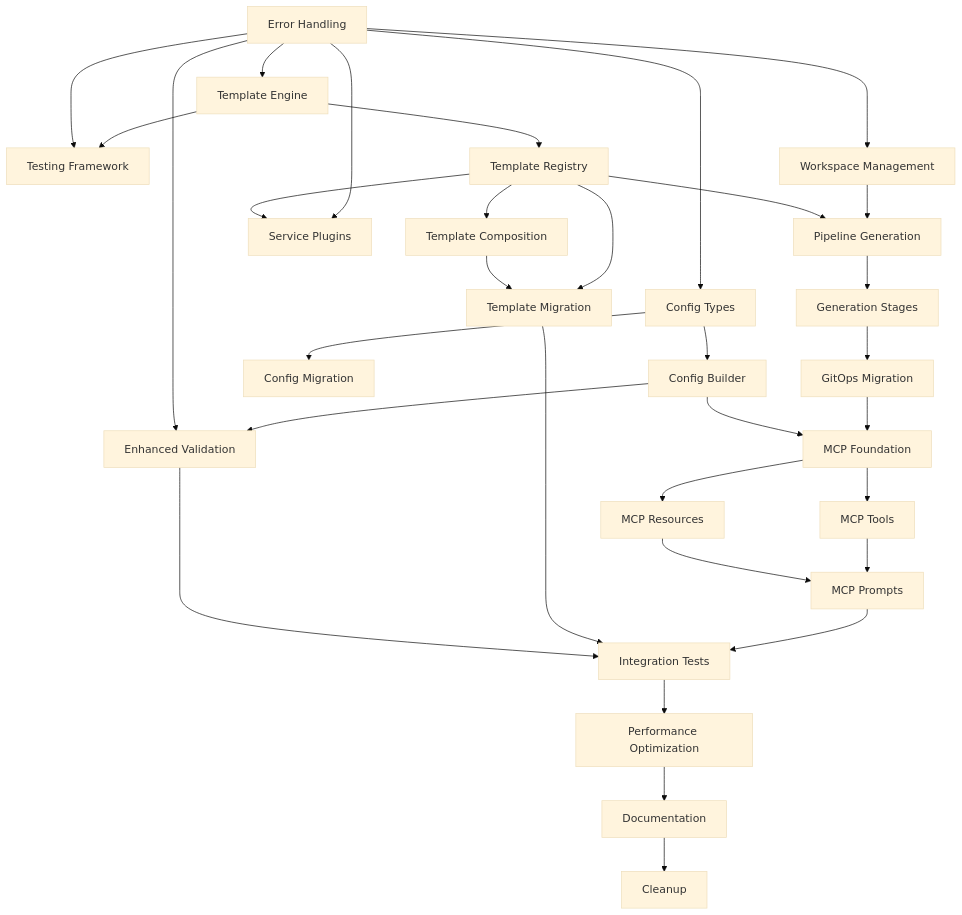
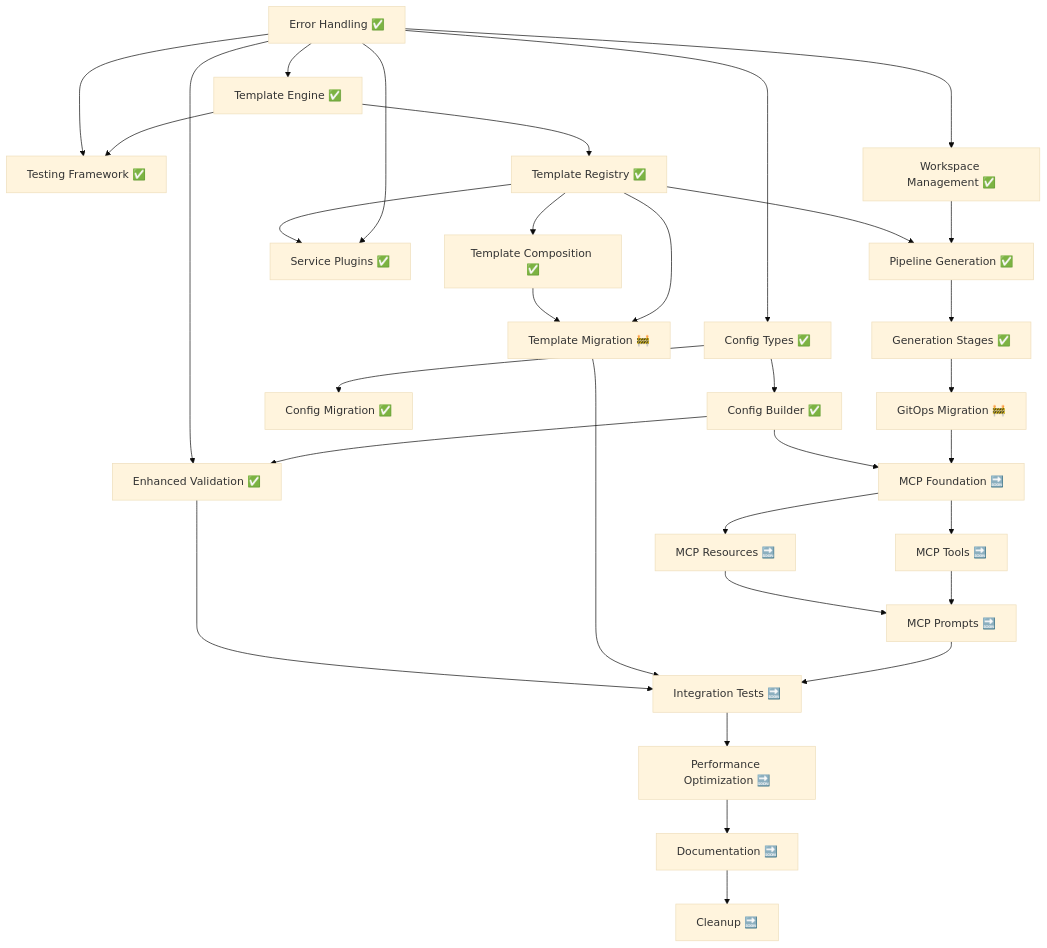
The diagram in .kiro/specs/configuration-system-refactor/tasks.md (Sherlock2019/openCenter-cli-testDzoan), drawn with Mermaid (base theme) before and after one commit. The commit also changed other lines of this file and 23 other files, not shown here.

First line of the commit message:
feat: Complete Task 3.4 - Migration path documentation and testing

````diff
--- a/.kiro/specs/configuration-system-refactor/tasks.md
+++ b/.kiro/specs/configuration-system-refactor/tasks.md
@@ -718,38 +654,38 @@
 ```mermaid
 graph TD
-    T1.1[Error Handling] --> T1.2[Template Engine]
-    T1.1 --> T2.1[Config Types]
-    T1.2 --> T1.3[Testing Framework]
+    T1.1[Error Handling ✅] --> T1.2[Template Engine ✅]
+    T1.1 --> T2.1[Config Types ✅]
+    T1.2 --> T1.3[Testing Framework ✅]
     T1.1 --> T1.3
     
-    T2.1 --> T2.2[Config Builder]
-    T2.1 --> T2.3[Config Migration]
-    T2.2 --> T2.4[Enhanced Validation]
+    T2.1 --> T2.2[Config Builder ✅]
+    T2.1 --> T2.3[Config Migration ✅]
+    T2.2 --> T2.4[Enhanced Validation ✅]
     T1.1 --> T2.4
     
-    T1.2 --> T3.1[Template Registry]
-    T3.1 --> T3.2[Template Composition]
-    T1.1 --> T3.3[Service Plugins]
+    T1.2 --> T3.1[Template Registry ✅]
+    T3.1 --> T3.2[Template Composition ✅]
+    T1.1 --> T3.3[Service Plugins ✅]
     T3.1 --> T3.3
-    T3.1 --> T3.4[Template Migration]
+    T3.1 --> T3.4[Template Migration 🚧]
     T3.2 --> T3.4
     
-    T1.1 --> T4.1[Workspace Management]
-    T4.1 --> T4.2[Pipeline Generation]
+    T1.1 --> T4.1[Workspace Management ✅]
+    T4.1 --> T4.2[Pipeline Generation ✅]
     T3.1 --> T4.2
-    T4.2 --> T4.3[Generation Stages]
-    T4.3 --> T4.4[GitOps Migration]
+    T4.2 --> T4.3[Generation Stages ✅]
+    T4.3 --> T4.4[GitOps Migration 🚧]
     
-    T4.4 --> T5.1[MCP Foundation]
+    T4.4 --> T5.1[MCP Foundation 🔜]
     T2.2 --> T5.1
-    T5.1 --> T5.2[MCP Tools]
-    T5.1 --> T5.3[MCP Resources]
-    T5.2 --> T5.4[MCP Prompts]
+    T5.1 --> T5.2[MCP Tools 🔜]
+    T5.1 --> T5.3[MCP Resources 🔜]
+    T5.2 --> T5.4[MCP Prompts 🔜]
     T5.3 --> T5.4
-    T5.4 --> T5.5[Integration Tests]
+    T5.4 --> T5.5[Integration Tests 🔜]
     T3.4 --> T5.5
     T2.4 --> T5.5
-    T5.5 --> T5.6[Performance Optimization]
-    T5.6 --> T5.7[Documentation]
-    T5.7 --> T5.8[Cleanup]
+    T5.5 --> T5.6[Performance Optimization 🔜]
+    T5.6 --> T5.7[Documentation 🔜]
+    T5.7 --> T5.8[Cleanup 🔜]
 ```
````
